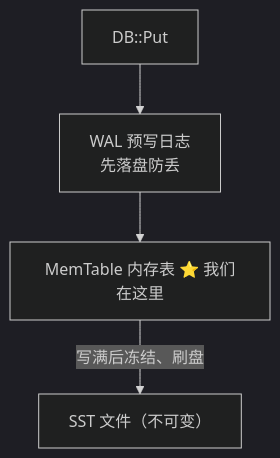
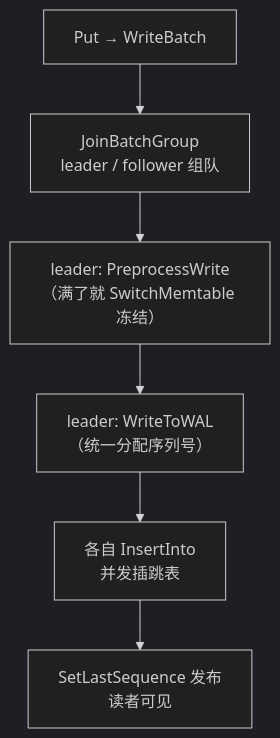
The first of 3 diagrams in doc/skiplist-1.md (QinWenYan1/KopiDB), drawn with Mermaid (dark theme) before and after one commit. The commit also changed other lines of this file, not shown here.

````diff
--- a/doc/skiplist-1.md
+++ b/doc/skiplist-1.md
@@ -29,6 +38,8 @@
 ```mermaid
 flowchart TD
-    A["DB::Put"] --> B["WAL 预写日志<br/>先落盘防丢"]
-    B --> C["MemTable 内存表 ⭐ 我们在这里"]
-    C -->|"写满后冻结、刷盘"| D["SST 文件（不可变）"]
+    A["Put → WriteBatch"] --> B["JoinBatchGroup<br/>leader / follower 组队"]
+    B --> C["leader: PreprocessWrite<br/>（满了就 SwitchMemtable 冻结）"]
+    C --> D["leader: WriteToWAL<br/>（统一分配序列号）"]
+    D --> E["各自 InsertInto<br/>并发插跳表"]
+    E --> F["SetLastSequence 发布<br/>读者可见"]
 ```
````
